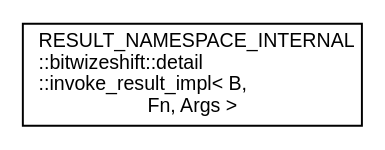
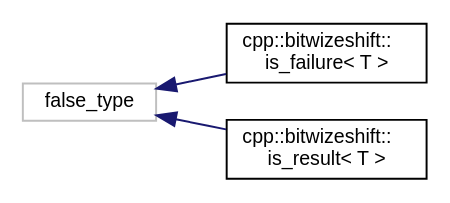
One commit to bitwizeshift/result changed the diagram in api/latest/inherit_graph_5.dot. Above: the diagram before and after it, drawn with Graphviz. The commit also changed 309 other files, not shown here.

```diff
--- a/api/latest/inherit_graph_5.dot
+++ b/api/latest/inherit_graph_5.dot
@@ -1,7 +1,11 @@
 digraph "Graphical Class Hierarchy"
 {
   edge [fontname="Helvetica",fontsize="10",labelfontname="Helvetica",labelfontsize="10"];
   node [fontname="Helvetica",fontsize="10",shape=record];
   rankdir="LR";
-  Node0 [label="RESULT_NAMESPACE_INTERNAL\l::bitwizeshift::detail\l::invoke_result_impl\< B,\l Fn, Args \>",height=0.2,width=0.4,color="black", fillcolor="white", style="filled",URL="$d8/d3c/struct_r_e_s_u_l_t___n_a_m_e_s_p_a_c_e___i_n_t_e_r_n_a_l_1_1bitwizeshift_1_1detail_1_1invoke__result__impl.html"];
+  Node9 [label="false_type",height=0.2,width=0.4,color="grey75", fillcolor="white", style="filled"];
+  Node9 -> Node0 [dir="back",color="midnightblue",fontsize="10",style="solid",fontname="Helvetica"];
+  Node0 [label="cpp::bitwizeshift::\lis_failure\< T \>",height=0.2,width=0.4,color="black", fillcolor="white", style="filled",URL="$d5/d82/structcpp_1_1bitwizeshift_1_1is__failure.html"];
+  Node9 -> Node11 [dir="back",color="midnightblue",fontsize="10",style="solid",fontname="Helvetica"];
+  Node11 [label="cpp::bitwizeshift::\lis_result\< T \>",height=0.2,width=0.4,color="black", fillcolor="white", style="filled",URL="$de/dff/structcpp_1_1bitwizeshift_1_1is__result.html"];
 }
```
